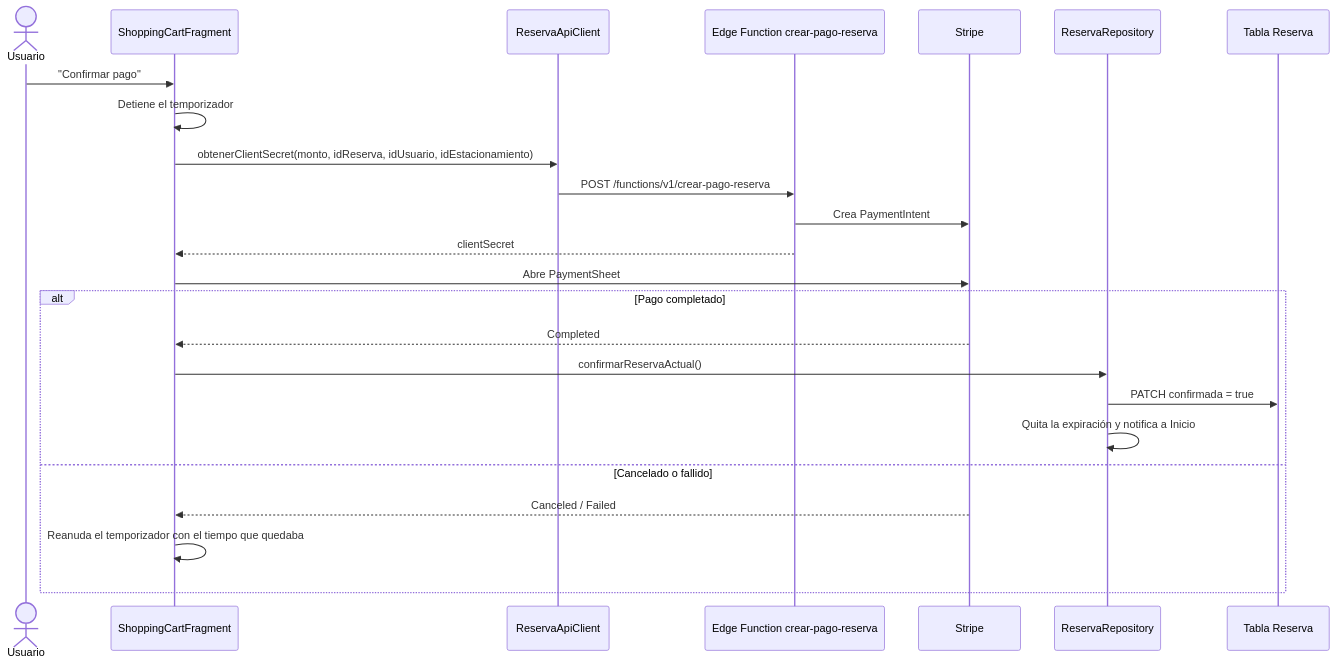
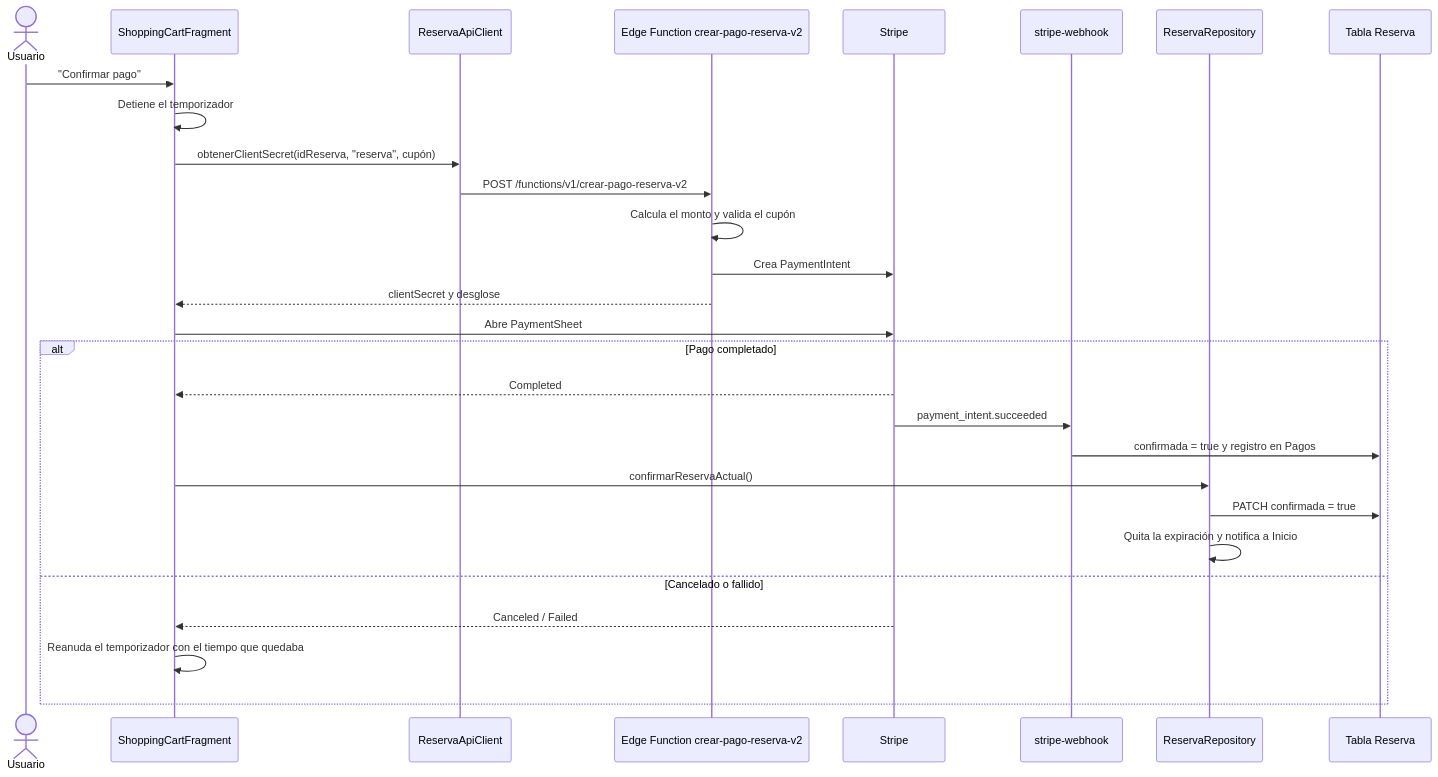
Before and after one commit to albertgatez/SmartParking: the fourth of 5 diagrams in docs/technical/Application/Flujo de reservas.md, drawn with Mermaid. The commit also changed other lines of this file and 44 other files, not shown here.

````diff
--- a/docs/technical/Application/Flujo de reservas.md
+++ b/docs/technical/Application/Flujo de reservas.md
@@ -153,27 +153,31 @@
 ```mermaid
 sequenceDiagram
     actor U as Usuario
     participant SC as ShoppingCartFragment
     participant API as ReservaApiClient
-    participant EF as Edge Function crear-pago-reserva
+    participant EF as Edge Function crear-pago-reserva-v2
     participant ST as Stripe
+    participant W as stripe-webhook
     participant R as ReservaRepository
     participant DB as Tabla Reserva
 
     U->>SC: "Confirmar pago"
     SC->>SC: Detiene el temporizador
-    SC->>API: obtenerClientSecret(monto, idReserva, idUsuario, idEstacionamiento)
-    API->>EF: POST /functions/v1/crear-pago-reserva
+    SC->>API: obtenerClientSecret(idReserva, "reserva", cupón)
+    API->>EF: POST /functions/v1/crear-pago-reserva-v2
+    EF->>EF: Calcula el monto y valida el cupón
     EF->>ST: Crea PaymentIntent
-    EF-->>SC: clientSecret
+    EF-->>SC: clientSecret y desglose
     SC->>ST: Abre PaymentSheet
     alt Pago completado
         ST-->>SC: Completed
+        ST->>W: payment_intent.succeeded
+        W->>DB: confirmada = true y registro en Pagos
         SC->>R: confirmarReservaActual()
         R->>DB: PATCH confirmada = true
         R->>R: Quita la expiración y notifica a Inicio
     else Cancelado o fallido
         ST-->>SC: Canceled / Failed
         SC->>SC: Reanuda el temporizador con el tiempo que quedaba
     end
 ```
````
